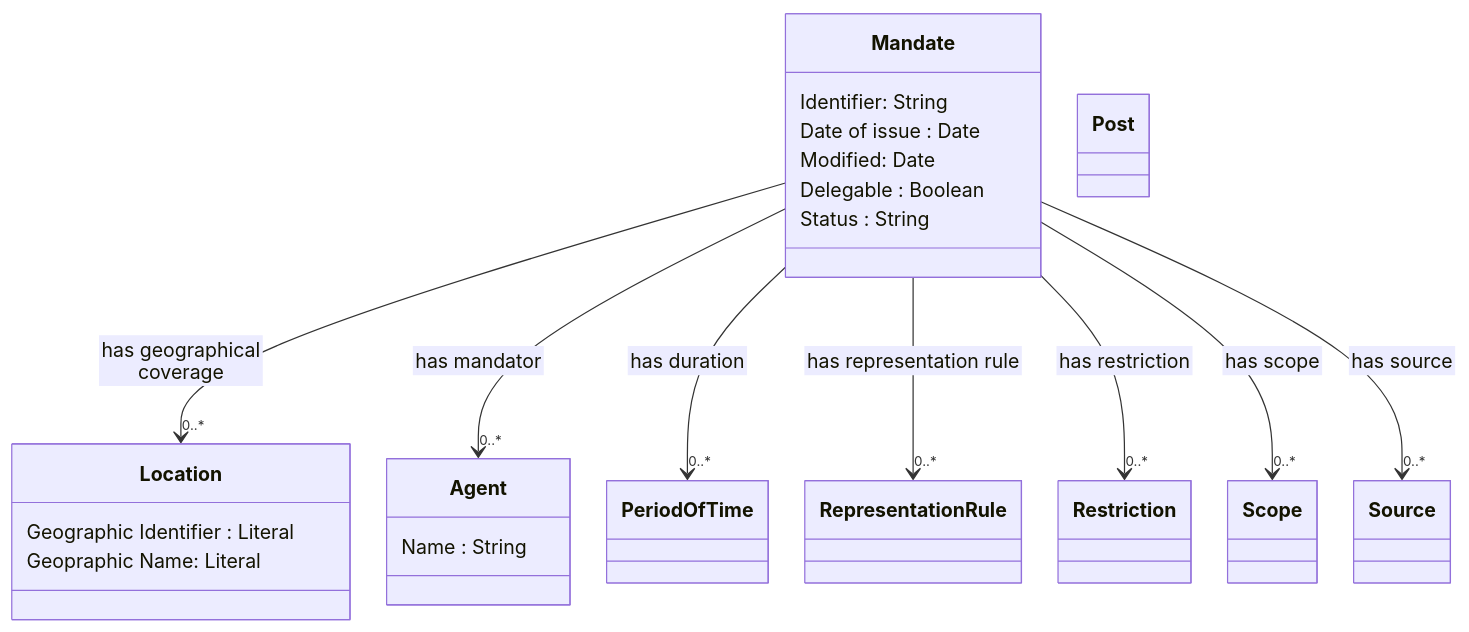
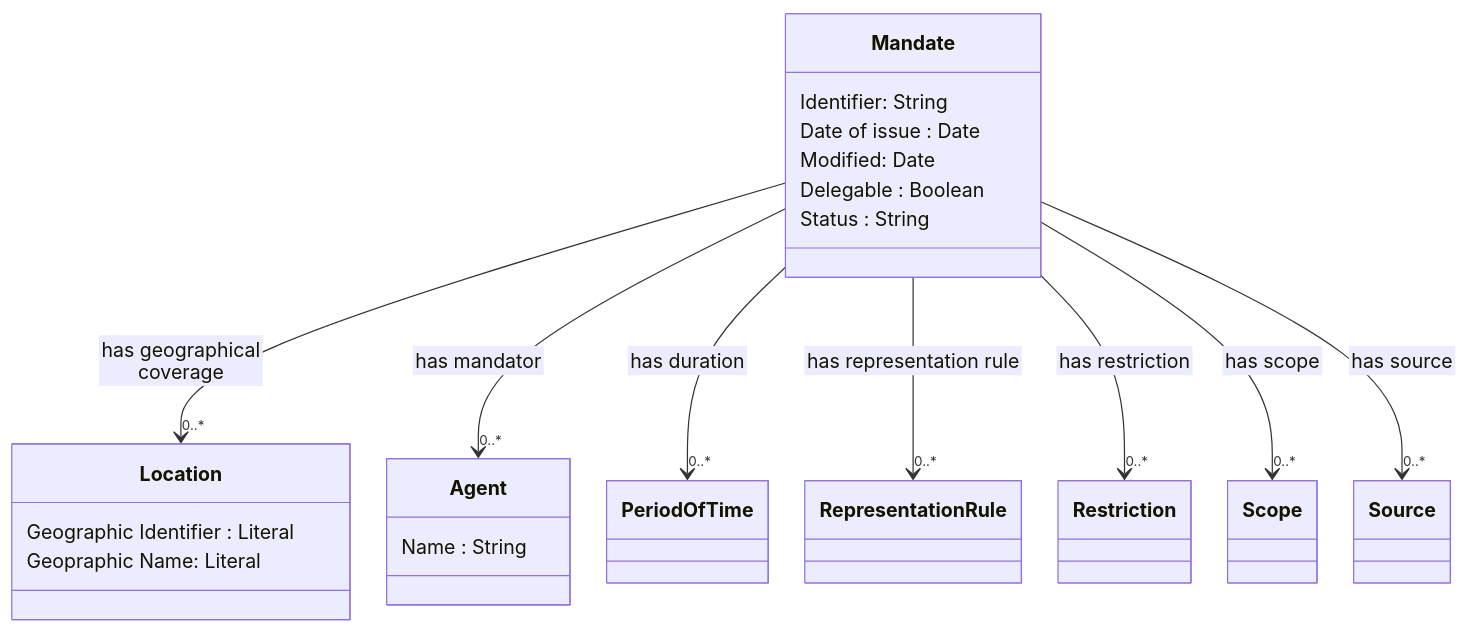
The diagram in README.md (nordicsmartgovernment/Nordic-Signatory-Rights-Model), drawn with Mermaid before and after one commit.

````diff
--- a/README.md
+++ b/README.md
@@ -22,34 +22,31 @@
 ```mermaid
  %%{init:{'flowchart':{'nodeSpacing': 30, 'rankSpacing': 95, 'htmlLabels': false}}}%%
     classDiagram
        
         class Mandate {
             Identifier: String
             Date of issue : Date
             Modified: Date
             Delegable : Boolean
             Status : String
         }
 
         Mandate --> "0..*" Location : has geographical coverage
         Mandate --> "0..*" Agent : has mandator
         Mandate --> "0..*" Period Of Time : has duration
         Mandate --> "0..*" Representation Rule : has representation rule
         Mandate --> "0..*" Restriction : has restriction
         Mandate --> "0..*" Scope : has scope
         Mandate --> "0..*" Source : has source
 
         class Location {
             Geographic Identifier : Literal
             Geopraphic Name: Literal
         }
 
-        class Post {
-
-        }
 
         class Agent {
             Name : String
         }
 
 ```
````
